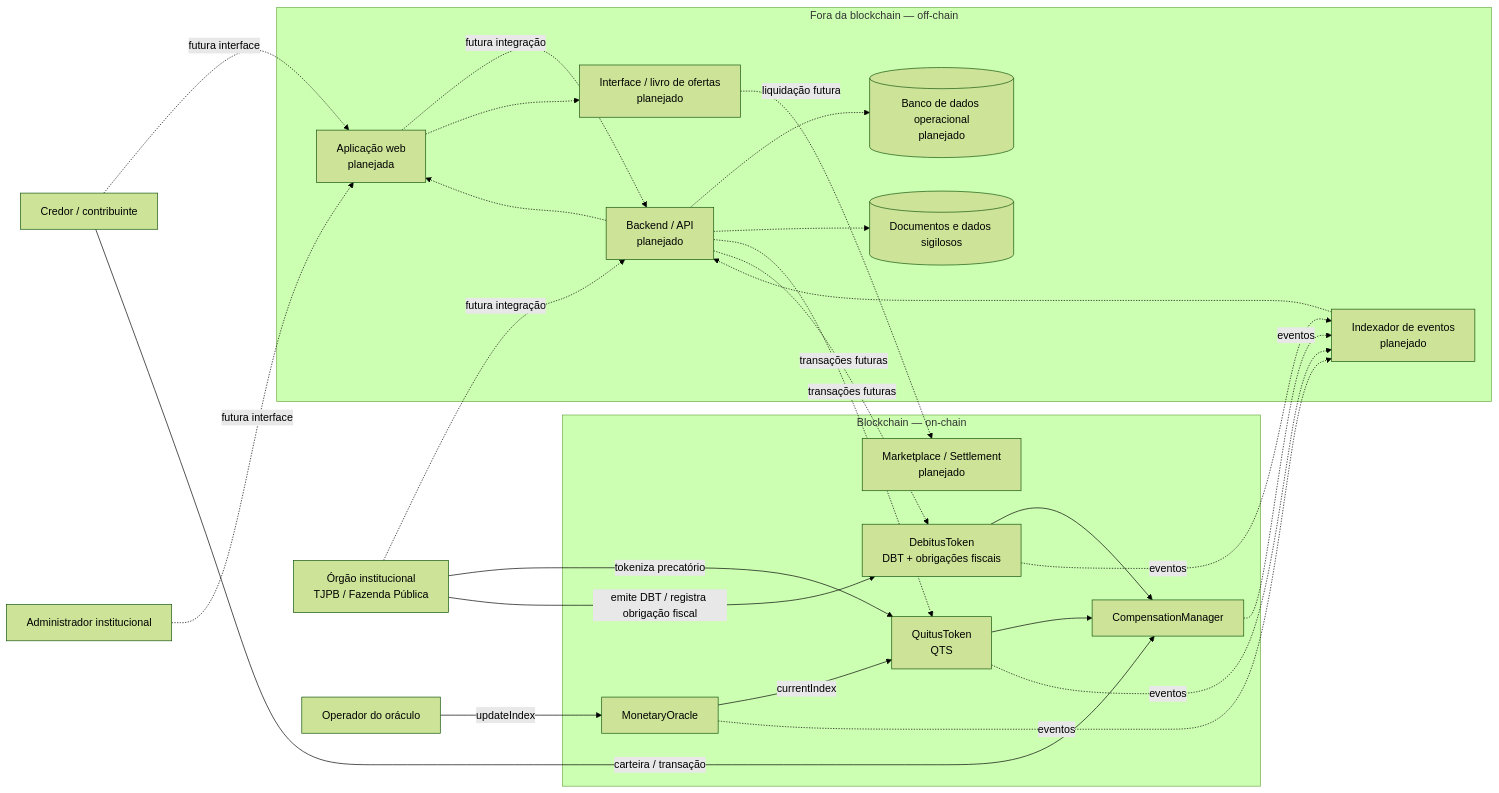
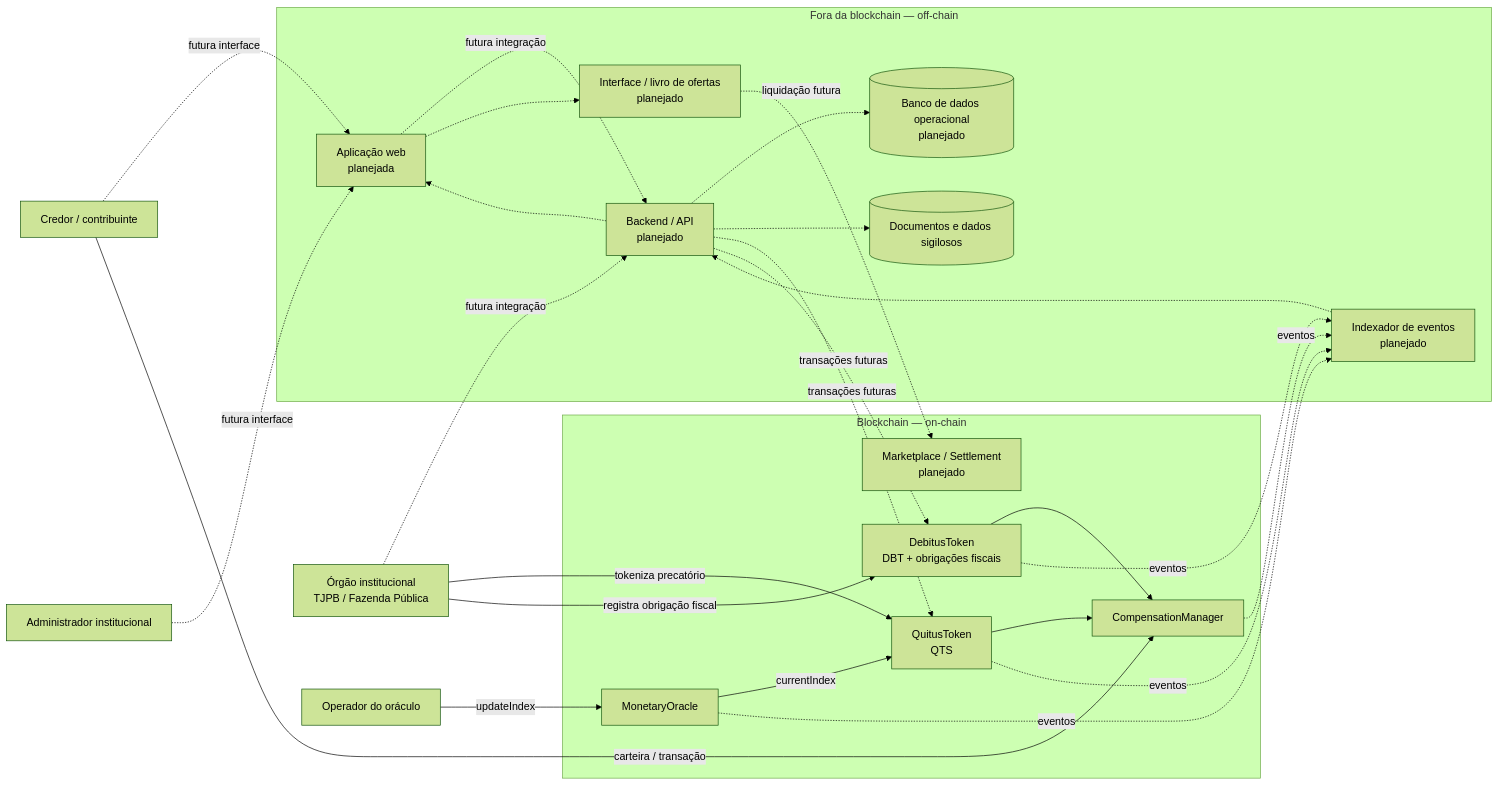
The diagram in Lab4/docs/arquitetura.md (Victor-droid165/blockchain), drawn with Mermaid (forest theme) before and after one commit. The commit also changed other lines of this file and 8 other files, not shown here.

````diff
--- a/Lab4/docs/arquitetura.md
+++ b/Lab4/docs/arquitetura.md
@@ -5,52 +5,52 @@
 ```mermaid
 flowchart LR
     C[Credor / contribuinte]
     O[Órgão institucional<br/>TJPB / Fazenda Pública]
     A[Administrador institucional]
     OP[Operador do oráculo]
 
     subgraph OFF["Fora da blockchain — off-chain"]
         FE[Aplicação web<br/>planejada]
         API[Backend / API<br/>planejado]
         DB[(Banco de dados operacional<br/>planejado)]
         DOC[(Documentos e dados sigilosos)]
         IDX[Indexador de eventos<br/>planejado]
         MKT[Interface / livro de ofertas<br/>planejado]
     end
 
     subgraph ON["Blockchain — on-chain"]
         ORA[MonetaryOracle]
         QTS[QuitusToken<br/>QTS]
         DBT[DebitusToken<br/>DBT + obrigações fiscais]
         CMP[CompensationManager]
         FUT[Marketplace / Settlement<br/>planejado]
     end
 
     C -. futura interface .-> FE
     A -. futura interface .-> FE
     O -. futura integração .-> API
     FE -. futura integração .-> API
     API -.-> DB
     API -.-> DOC
     API -. transações futuras .-> QTS
     API -. transações futuras .-> DBT
 
     O -->|tokeniza precatório| QTS
-    O -->|emite DBT / registra obrigação fiscal| DBT
+    O -->|registra obrigação fiscal| DBT
     OP -->|updateIndex| ORA
     ORA -->|currentIndex| QTS
     C -->|carteira / transação| CMP
 
     QTS --> CMP
     DBT --> CMP
 
     QTS -. eventos .-> IDX
     DBT -. eventos .-> IDX
     CMP -. eventos .-> IDX
     ORA -. eventos .-> IDX
     IDX -.-> API
     API -.-> FE
 
     FE -.-> MKT
     MKT -. liquidação futura .-> FUT
 ```
````
